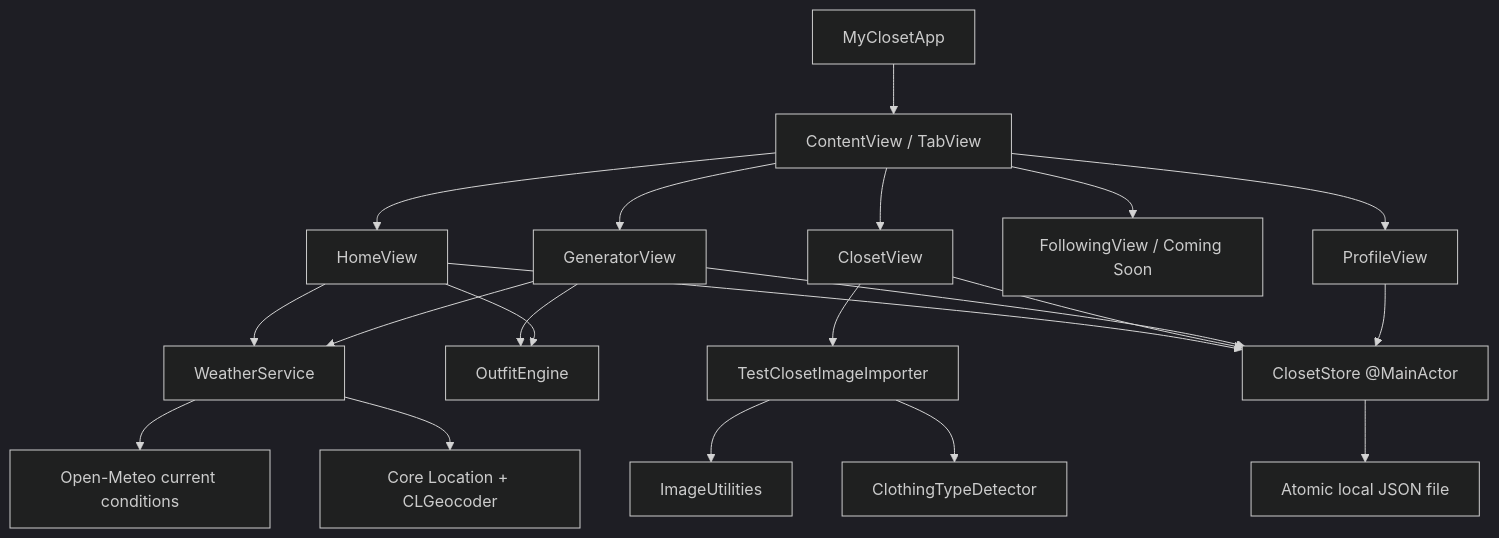
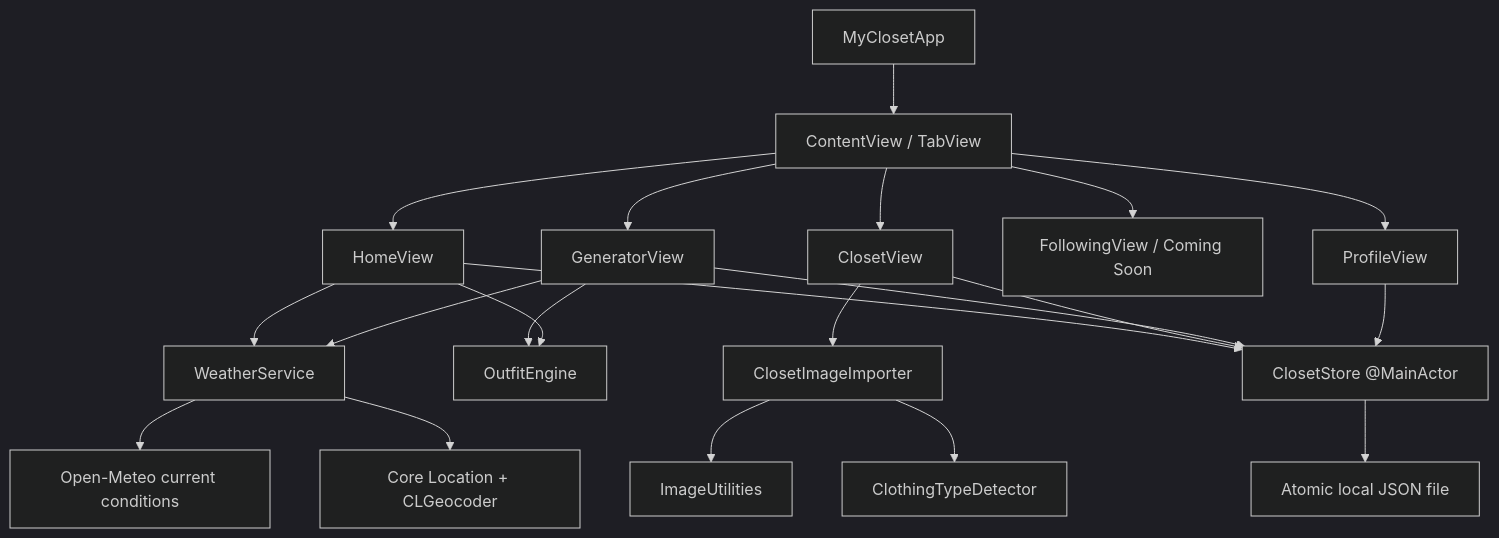
One commit to mkodithuwakku/myCloset changed the first of 3 diagrams in docs/ARCHITECTURE.md. Above: the diagram before and after it, drawn with Mermaid (dark theme). The commit also changed other lines of this file and 32 other files, not shown here.

````diff
--- a/docs/ARCHITECTURE.md
+++ b/docs/ARCHITECTURE.md
@@ -22,25 +22,25 @@
 ```mermaid
 flowchart TB
     App["MyClosetApp"] --> Tabs["ContentView / TabView"]
     Tabs --> Home["HomeView"]
     Tabs --> Closet["ClosetView"]
     Tabs --> Generate["GeneratorView"]
     Tabs --> Following["FollowingView / Coming Soon"]
     Tabs --> Profile["ProfileView"]
 
     Home --> Store["ClosetStore @MainActor"]
     Closet --> Store
     Generate --> Store
     Profile --> Store
     Generate --> Engine["OutfitEngine"]
     Home --> Engine
-    Closet --> Importer["TestClosetImageImporter"]
+    Closet --> Importer["ClosetImageImporter"]
     Importer --> Types["ClothingTypeDetector"]
     Importer --> Images["ImageUtilities"]
 
     Store --> JSON["Atomic local JSON file"]
     Home --> Weather["WeatherService"]
     Generate --> Weather
     Weather --> CoreLocation["Core Location + CLGeocoder"]
     Weather --> OpenMeteo["Open-Meteo current conditions"]
 ```
````
